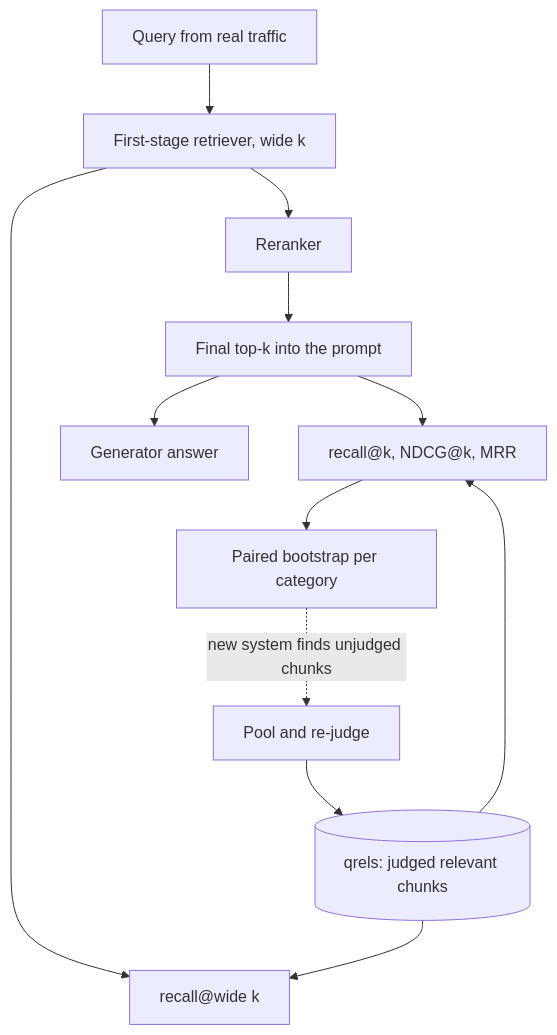
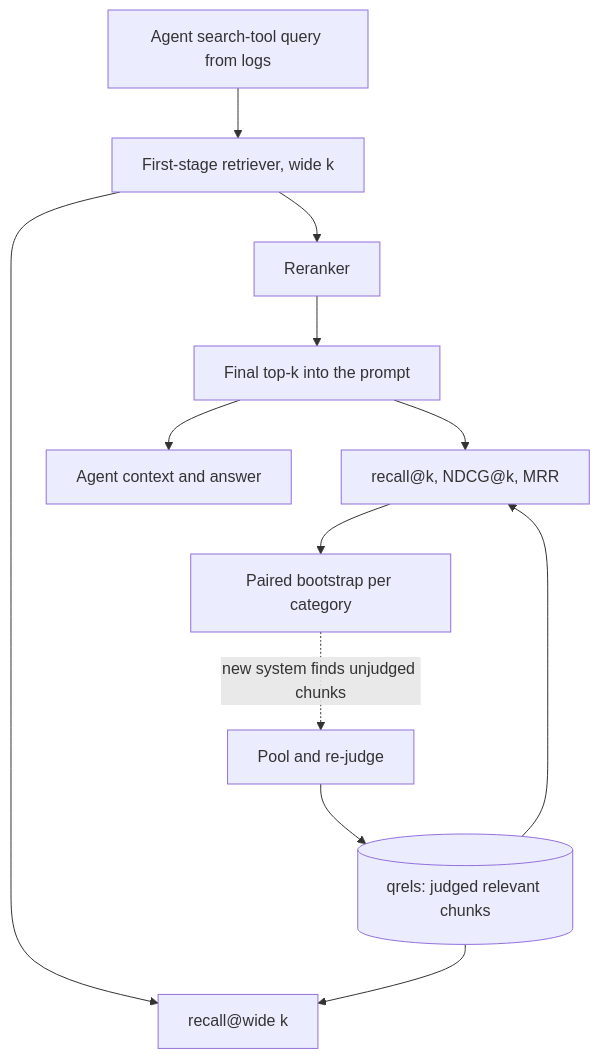
The diagram in content/evals/retrieval-evaluation.md (lovishmahajan97/agentic-learning), drawn with Mermaid before and after one commit. The commit also changed other lines of this file and 266 other files, not shown here.

````diff
--- a/content/evals/retrieval-evaluation.md
+++ b/content/evals/retrieval-evaluation.md
@@ -120,14 +150,14 @@
 ```mermaid
 flowchart TD
-    Q["Query from real traffic"] --> R1["First-stage retriever, wide k"]
+    Q["Agent search-tool query from logs"] --> R1["First-stage retriever, wide k"]
     R1 --> M1["recall@wide k"]
     R1 --> RR["Reranker"]
     RR --> TK["Final top-k into the prompt"]
     TK --> M2["recall@k, NDCG@k, MRR"]
-    TK --> G["Generator answer"]
+    TK --> G["Agent context and answer"]
     QR[("qrels: judged relevant chunks")] --> M1
     QR --> M2
     M2 --> B["Paired bootstrap per category"]
     B -.->|"new system finds unjudged chunks"| P["Pool and re-judge"]
     P --> QR
 ```
````
